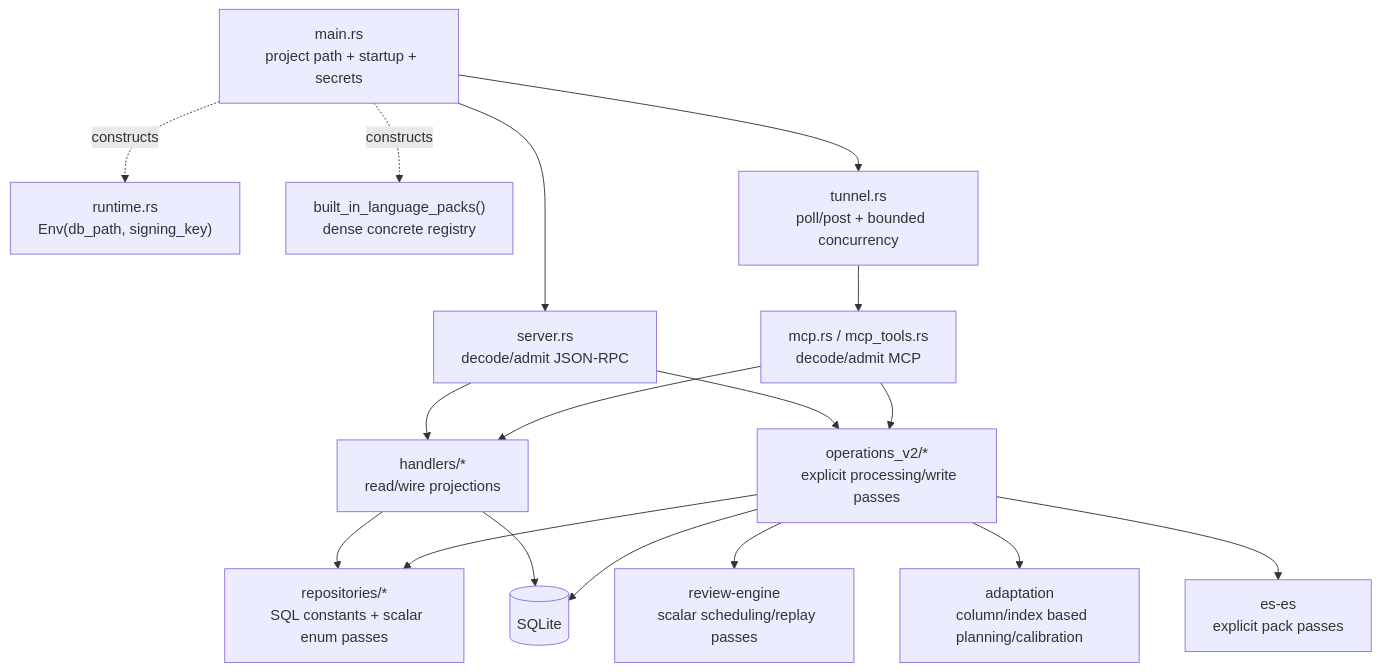
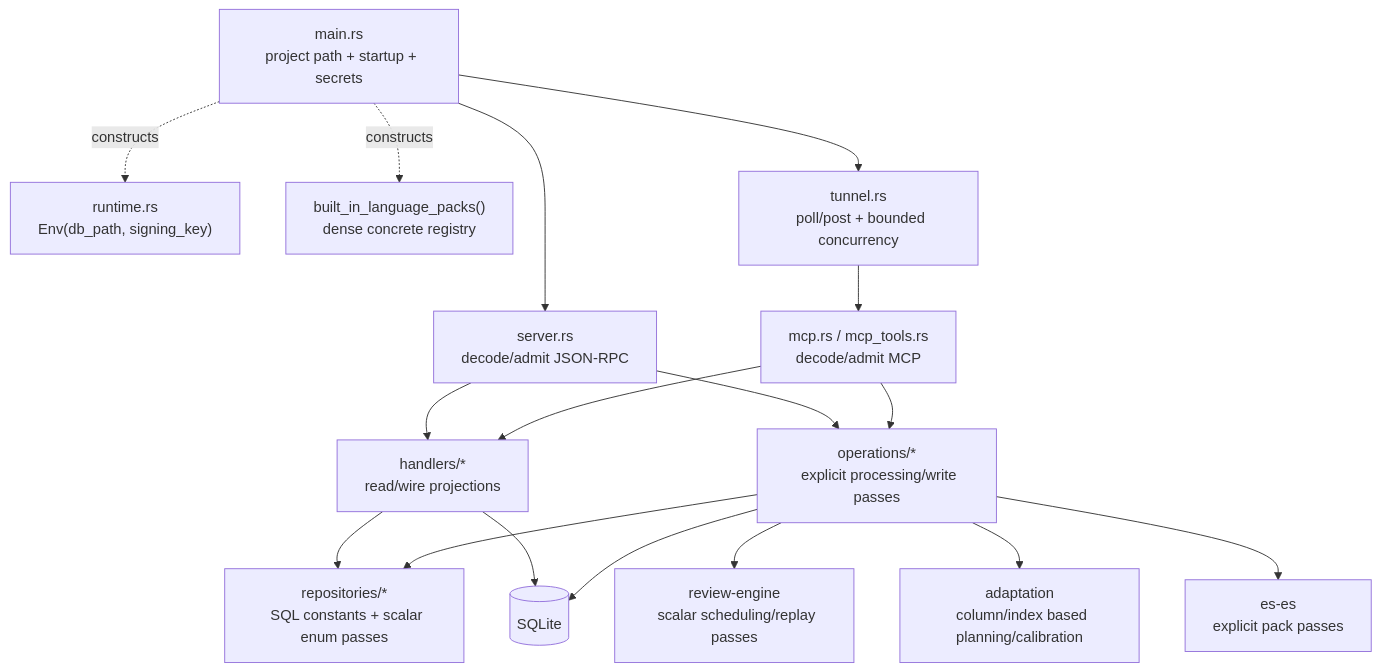
Before and after one commit to agredyaev/lingua-tutor: the third of 4 diagrams in docs/dod-preflight.md, drawn with Mermaid. The commit also changed other lines of this file and 62 other files, not shown here.

````diff
--- a/docs/dod-preflight.md
+++ b/docs/dod-preflight.md
@@ -95,45 +95,45 @@
 ```mermaid
 flowchart TD
   Main["main.rs
   project path + startup + secrets"]
   Env["runtime.rs
   Env(db_path, signing_key)"]
   Packs["built_in_language_packs()
   dense concrete registry"]
   Server["server.rs
   decode/admit JSON-RPC"]
   Tunnel["tunnel.rs
   poll/post + bounded concurrency"]
   MCP["mcp.rs / mcp_tools.rs
   decode/admit MCP"]
   ReadHandlers["handlers/*
   read/wire projections"]
-  Passes["operations_v2/*
+  Passes["operations/*
   explicit processing/write passes"]
   Repos["repositories/*
   SQL constants + scalar enum passes"]
   DB[("SQLite")]
   Review["review-engine
   scalar scheduling/replay passes"]
   Adapt["adaptation
   column/index based planning/calibration"]
   Es["es-es
   explicit pack passes"]
 
   Main -.->|constructs| Env
   Main -.->|constructs| Packs
   Main --> Server
   Main --> Tunnel
   Server --> ReadHandlers
   Server --> Passes
   Tunnel --> MCP
   MCP --> ReadHandlers
   MCP --> Passes
   ReadHandlers --> Repos
   ReadHandlers --> DB
   Passes --> Repos
   Passes --> DB
   Passes --> Review
   Passes --> Adapt
   Passes --> Es
 ```
````
